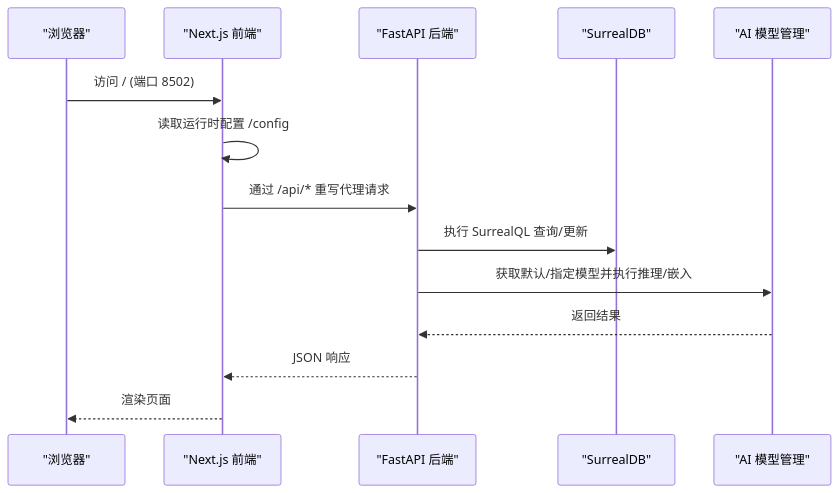
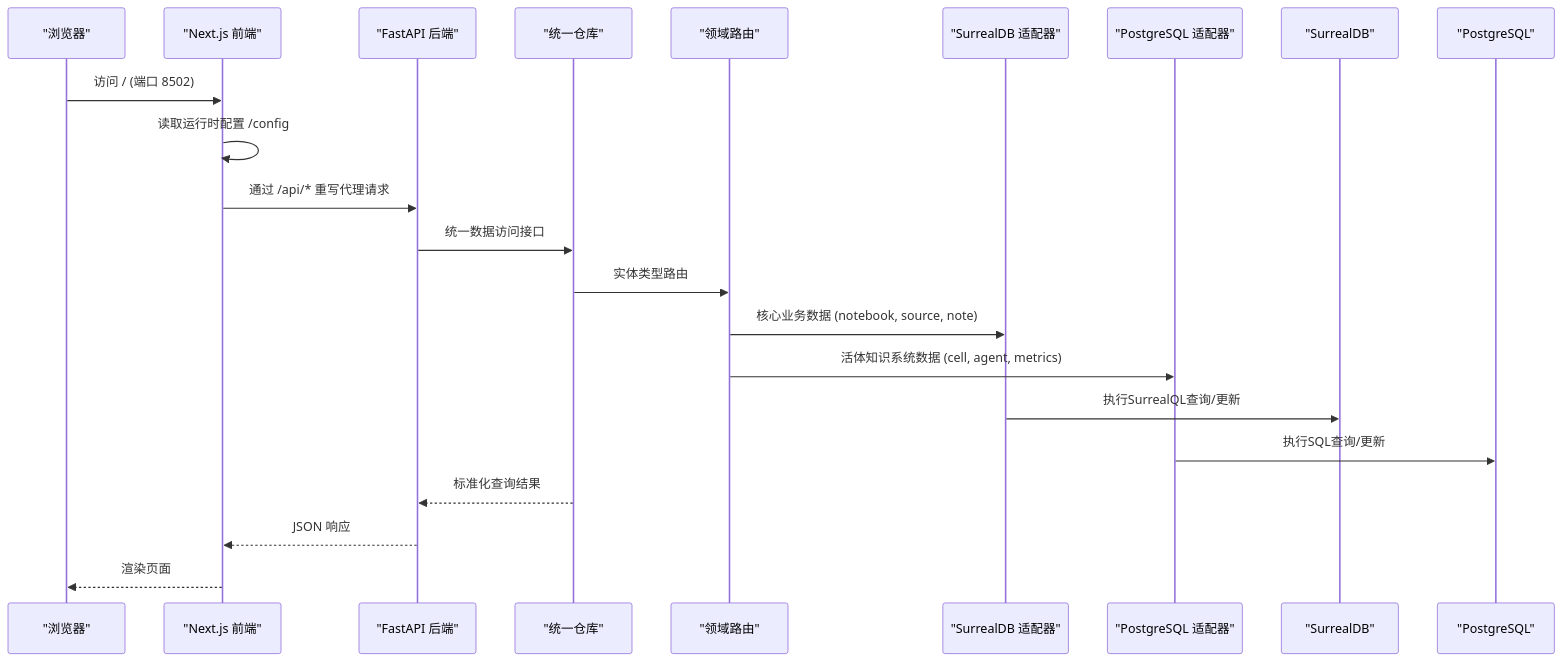
Before and after one commit to jackeyunjie/open-notebook: the second of 9 diagrams in .qoder/repowiki/zh/content/项目概述/技术栈概览.md, drawn with Mermaid. The commit also changed other lines of this file and 51 other files, not shown here.

````diff
--- a/.qoder/repowiki/zh/content/项目概述/技术栈概览.md
+++ b/.qoder/repowiki/zh/content/项目概述/技术栈概览.md
@@ -125,16 +154,24 @@
 ```mermaid
 sequenceDiagram
 participant U as "浏览器"
 participant FE as "Next.js 前端"
 participant API as "FastAPI 后端"
-participant DB as "SurrealDB"
-participant AI as "AI 模型管理"
+participant UR as "统一仓库"
+participant DR as "领域路由"
+participant SA as "SurrealDB 适配器"
+participant PGA as "PostgreSQL 适配器"
+participant DB1 as "SurrealDB"
+participant DB2 as "PostgreSQL"
 U->>FE : 访问 / (端口 8502)
 FE->>FE : 读取运行时配置 /config
 FE->>API : 通过 /api/* 重写代理请求
-API->>DB : 执行 SurrealQL 查询/更新
-API->>AI : 获取默认/指定模型并执行推理/嵌入
-AI-->>API : 返回结果
+API->>UR : 统一数据访问接口
+UR->>DR : 实体类型路由
+DR->>SA : 核心业务数据 (notebook, source, note)
+DR->>PGA : 活体知识系统数据 (cell, agent, metrics)
+SA->>DB1 : 执行SurrealQL查询/更新
+PGA->>DB2 : 执行SQL查询/更新
+UR-->>API : 标准化查询结果
 API-->>FE : JSON 响应
 FE-->>U : 渲染页面
 ```
````
